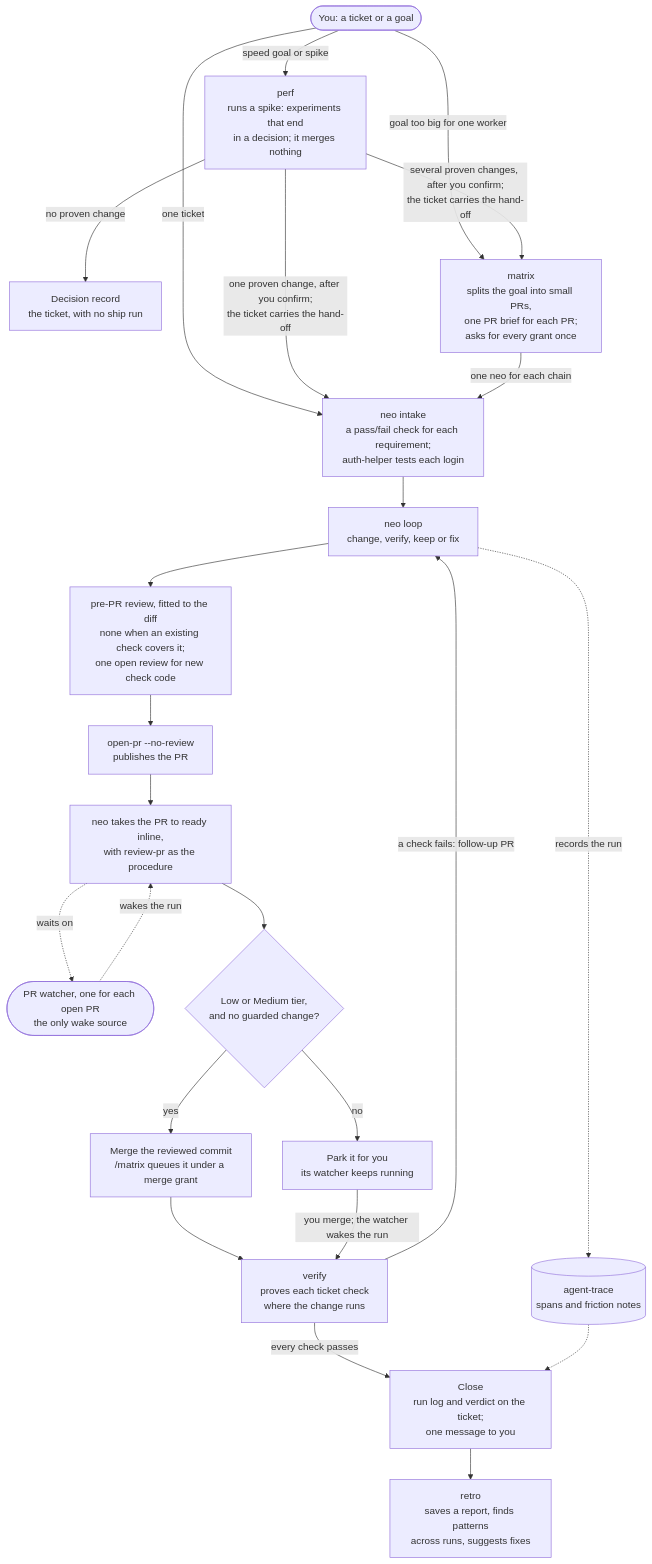
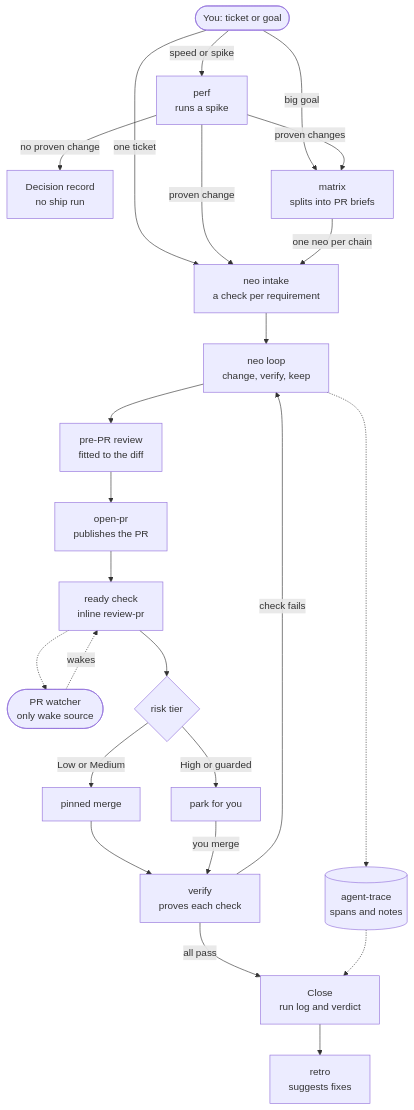
One commit to sucramual/mp changed the diagram in skills/neo-suite.md. Above: the diagram before and after it, drawn with Mermaid. The commit also changed other lines of this file and 3 other files, not shown here.

Commit message:
docs(agents): make the change-map Mermaid label rules the default for every diagram

````diff
--- a/skills/neo-suite.md
+++ b/skills/neo-suite.md
@@ -6,40 +6,43 @@
 ```mermaid
+---
+config:
+  flowchart:
+    wrappingWidth: 400
+---
 flowchart TD
-    you([You: a ticket or a goal])
-    perf["perf<br/>runs a spike: experiments that end<br/>in a decision; it merges nothing"]
-    decision["Decision record<br/>the ticket, with no ship run"]
-    matrix["matrix<br/>splits the goal into small PRs,<br/>one PR brief for each PR;<br/>asks for every grant once"]
-    intake["neo intake<br/>a pass/fail check for each requirement;<br/>auth-helper tests each login"]
-    loop["neo loop<br/>change, verify, keep or fix"]
-    review["pre-PR review, fitted to the diff<br/>none when an existing check covers it;<br/>one open review for new check code"]
-    openpr["open-pr --no-review<br/>publishes the PR"]
-    ready["neo takes the PR to ready inline,<br/>with review-pr as the procedure"]
-    watcher(["PR watcher, one for each open PR<br/>the only wake source"])
-    tier{"Low or Medium tier,<br/>and no guarded change?"}
-    merge["Merge the reviewed commit<br/>/matrix queues it under a merge grant"]
-    park["Park it for you<br/>its watcher keeps running"]
-    verify["verify<br/>proves each ticket check<br/>where the change runs"]
-    trace[("agent-trace<br/>spans and friction notes")]
-    close["Close<br/>run log and verdict on the ticket;<br/>one message to you"]
-    retro["retro<br/>saves a report, finds patterns<br/>across runs, suggests fixes"]
+    you([You: ticket or goal])
+    perf["perf<br/>runs a spike"]
+    decision["Decision record<br/>no ship run"]
+    matrix["matrix<br/>splits into PR briefs"]
+    intake["neo intake<br/>a check per requirement"]
+    loop["neo loop<br/>change, verify, keep"]
+    review["pre-PR review<br/>fitted to the diff"]
+    openpr["open-pr<br/>publishes the PR"]
+    ready["ready check<br/>inline review-pr"]
+    watcher(["PR watcher<br/>only wake source"])
+    tier{"risk tier"}
+    merge["pinned merge"]
+    park["park for you"]
+    verify["verify<br/>proves each check"]
+    trace[("agent-trace<br/>spans and notes")]
+    close["Close<br/>run log and verdict"]
+    retro["retro<br/>suggests fixes"]
 
     you -->|one ticket| intake
-    you -->|goal too big for one worker| matrix
-    you -->|speed goal or spike| perf
-    perf -->|one proven change, after you confirm;<br/>the ticket carries the hand-off| intake
-    perf -->|several proven changes, after you confirm;<br/>the ticket carries the hand-off| matrix
+    you -->|big goal| matrix
+    you -->|speed or spike| perf
+    perf -->|proven change| intake
+    perf -->|proven changes| matrix
     perf -->|no proven change| decision
-    matrix -->|one neo for each chain| intake
+    matrix -->|one neo per chain| intake
     intake --> loop --> review --> openpr --> ready
-    ready -.->|waits on| watcher
-    watcher -.->|wakes the run| ready
+    ready -.-> watcher
+    watcher -.->|wakes| ready
     ready --> tier
-    tier -->|yes| merge --> verify
-    tier -->|no| park
-    park -->|you merge; the watcher wakes the run| verify
-    verify -->|a check fails: follow-up PR| loop
-    verify -->|every check passes| close
-    loop -.->|records the run| trace
-    trace -.-> close
-    close --> retro
+    tier -->|Low or Medium| merge --> verify
+    tier -->|High or guarded| park
+    park -->|you merge| verify
+    verify -->|check fails| loop
+    verify -->|all pass| close --> retro
+    loop -.-> trace -.-> close
 ```
````
